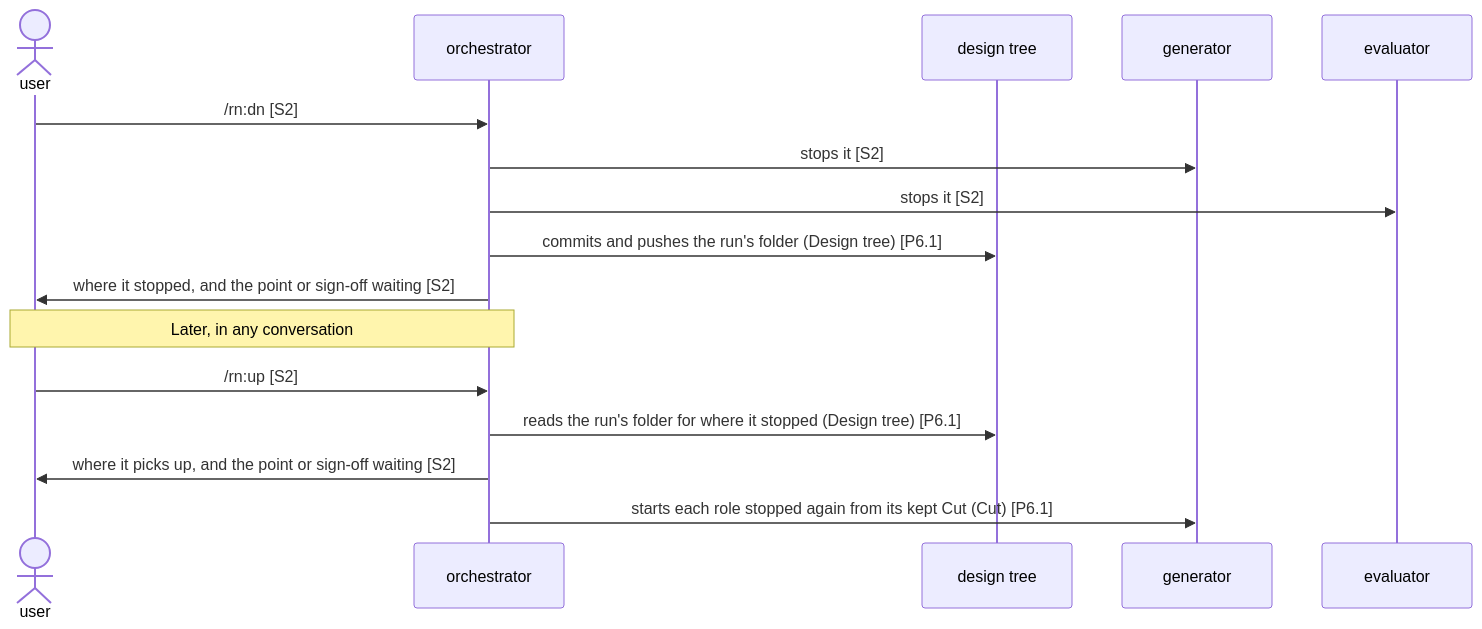
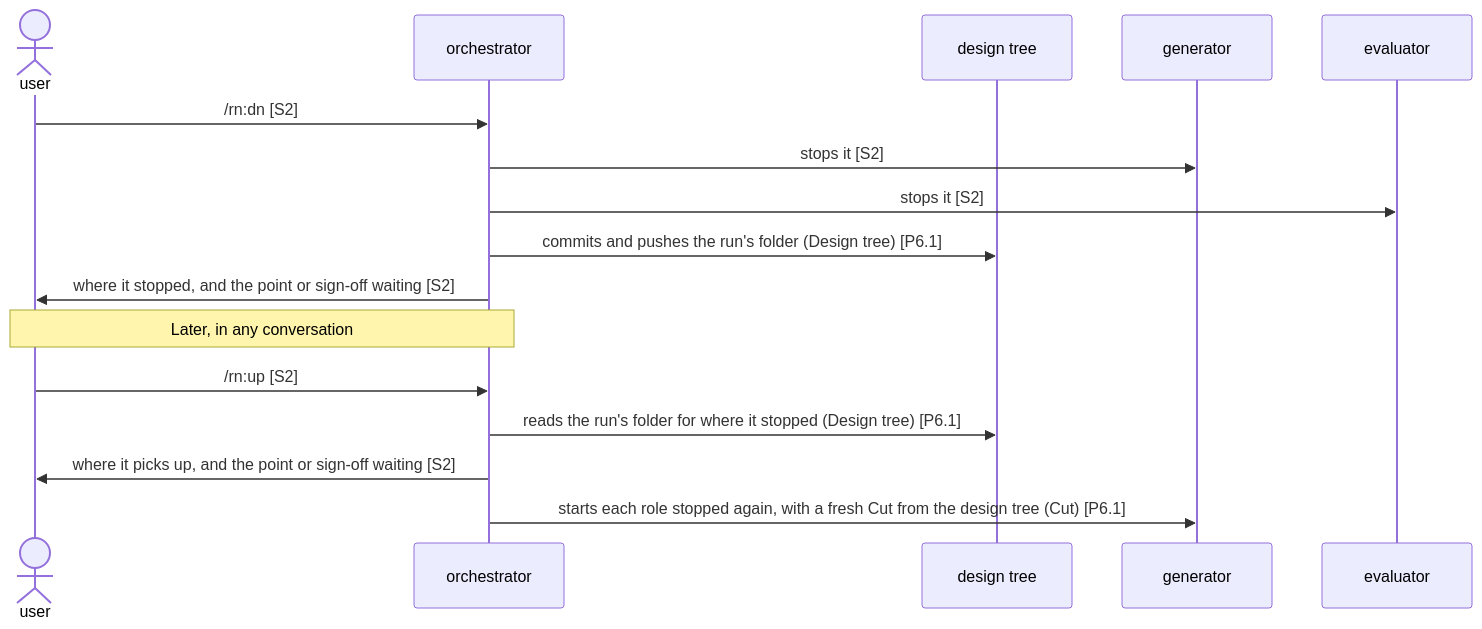
Before and after one commit to lovaizu/ccpm: the second of 2 diagrams in dev/rn/architecture.md, drawn with Mermaid.

Commit message:
rn's architecture starts each role that a pause stopped again with a fresh Cut from the design tree, as rn's skeleton writes a fresh Cut for each start and counts a Cut with no result for nothing
Claude-Session: https://claude.ai/code/session_0172CgKgKvhT2KCgXfMaPBwd

````diff
--- a/dev/rn/architecture.md
+++ b/dev/rn/architecture.md
@@ -135,18 +135,18 @@
 ```mermaid
 sequenceDiagram
   actor U as user
   participant O as orchestrator
   participant T as design tree
   participant G as generator
   participant E as evaluator
   U->>O: /rn:dn [S2]
   O->>G: stops it [S2]
   O->>E: stops it [S2]
   O->>T: commits and pushes the run's folder (Design tree) [P6.1]
   O->>U: where it stopped, and the point or sign-off waiting [S2]
   Note over U,O: Later, in any conversation
   U->>O: /rn:up [S2]
   O->>T: reads the run's folder for where it stopped (Design tree) [P6.1]
   O->>U: where it picks up, and the point or sign-off waiting [S2]
-  O->>G: starts each role stopped again from its kept Cut (Cut) [P6.1]
+  O->>G: starts each role stopped again, with a fresh Cut from the design tree (Cut) [P6.1]
 ```
````
